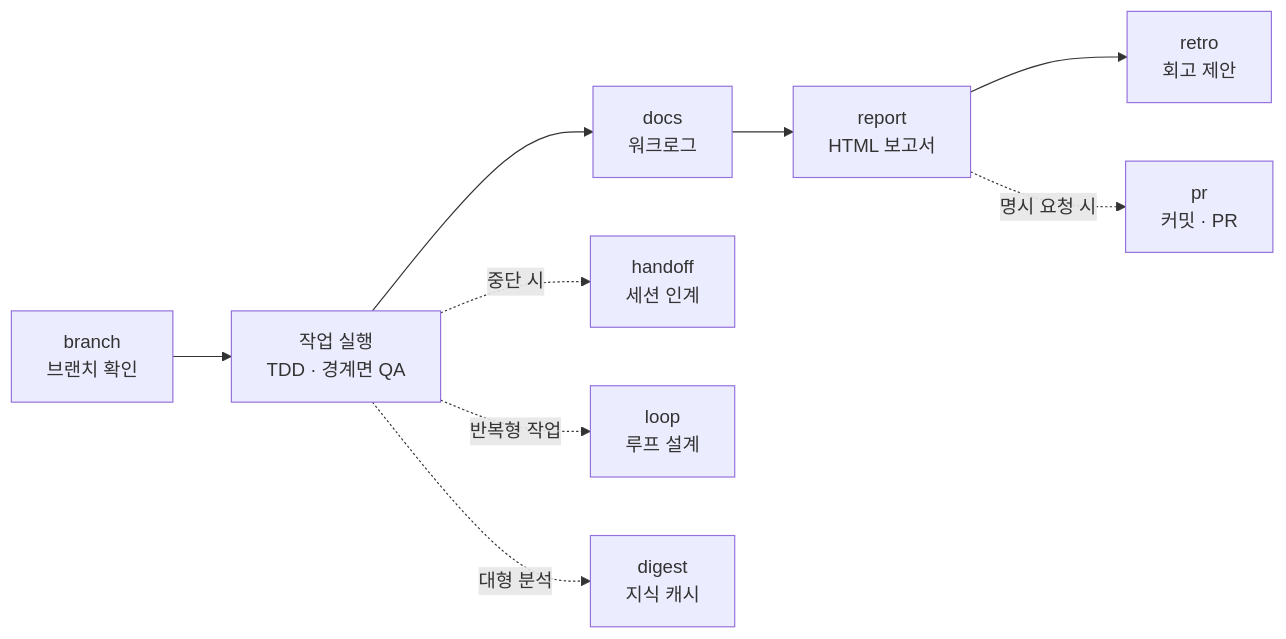
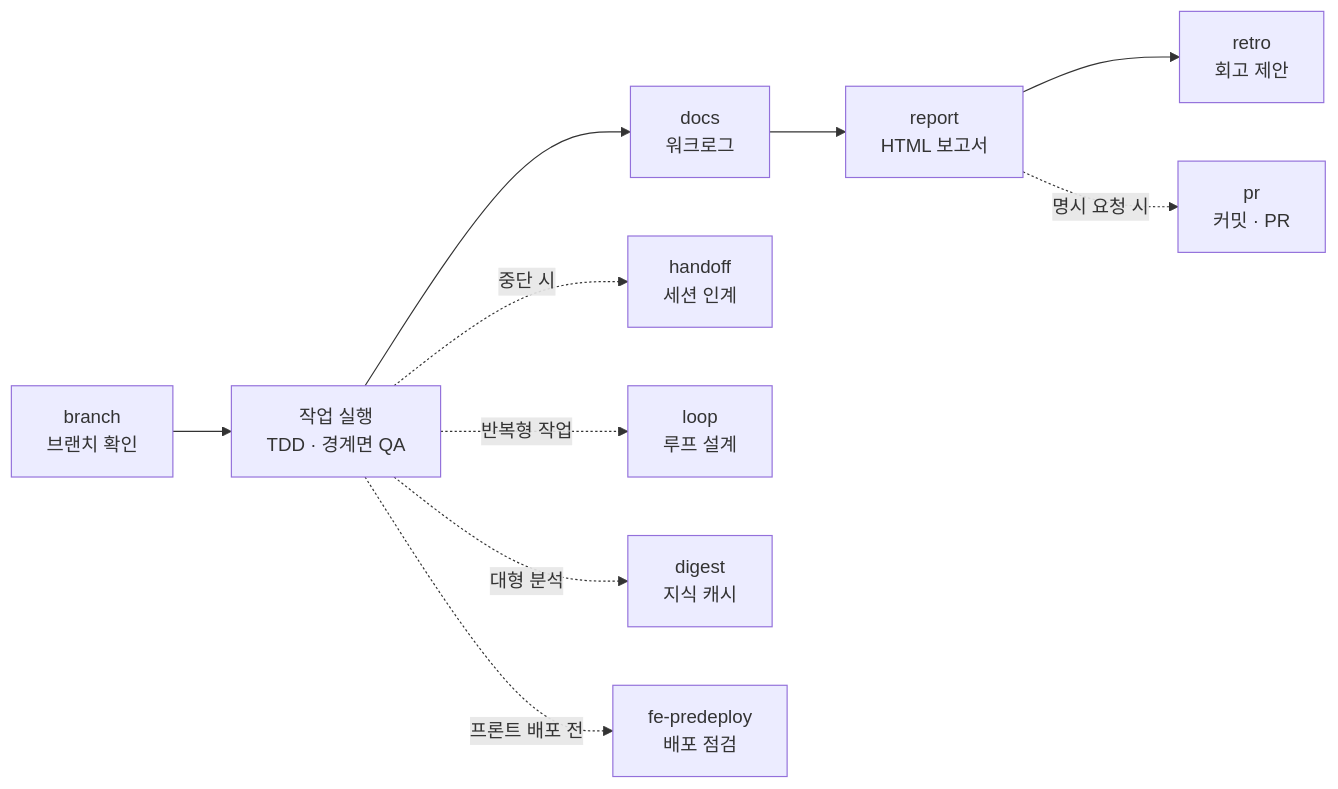
One commit to Guksu/guksu-harness changed the diagram in README.md. Above: the diagram before and after it, drawn with Mermaid. The commit also changed other lines of this file and 3 other files, not shown here.

````diff
--- a/README.md
+++ b/README.md
@@ -158,11 +168,12 @@
 ```mermaid
 flowchart LR
     B["branch<br/>브랜치 확인"] --> W["작업 실행<br/>TDD · 경계면 QA"]
     W --> D["docs<br/>워크로그"]
     D --> R["report<br/>HTML 보고서"]
     R --> T["retro<br/>회고 제안"]
     R -. 명시 요청 시 .-> P["pr<br/>커밋 · PR"]
     W -. 중단 시 .-> H["handoff<br/>세션 인계"]
     W -. 반복형 작업 .-> L["loop<br/>루프 설계"]
     W -. 대형 분석 .-> G["digest<br/>지식 캐시"]
+    W -. 프론트 배포 전 .-> F["fe-predeploy<br/>배포 점검"]
 ```
````
